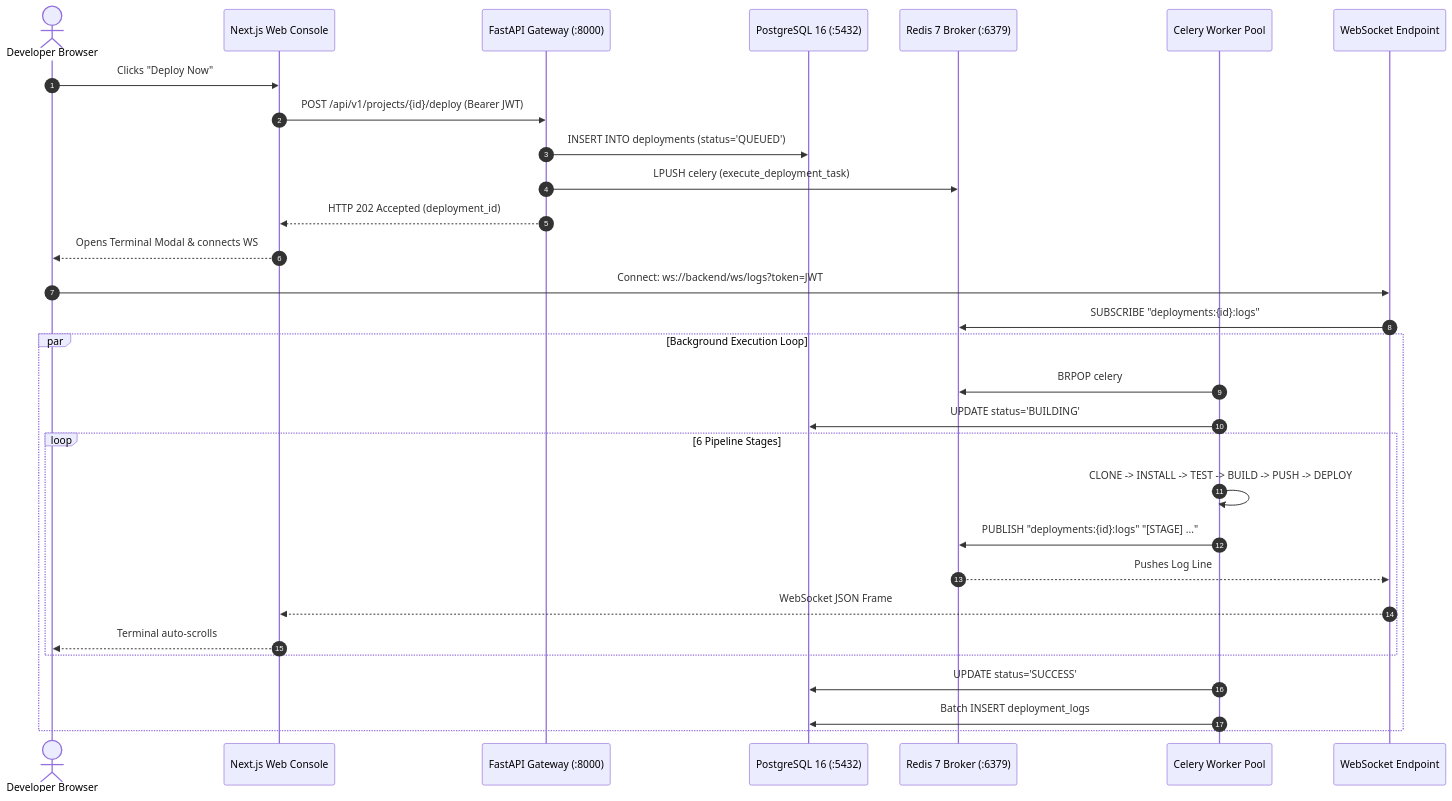
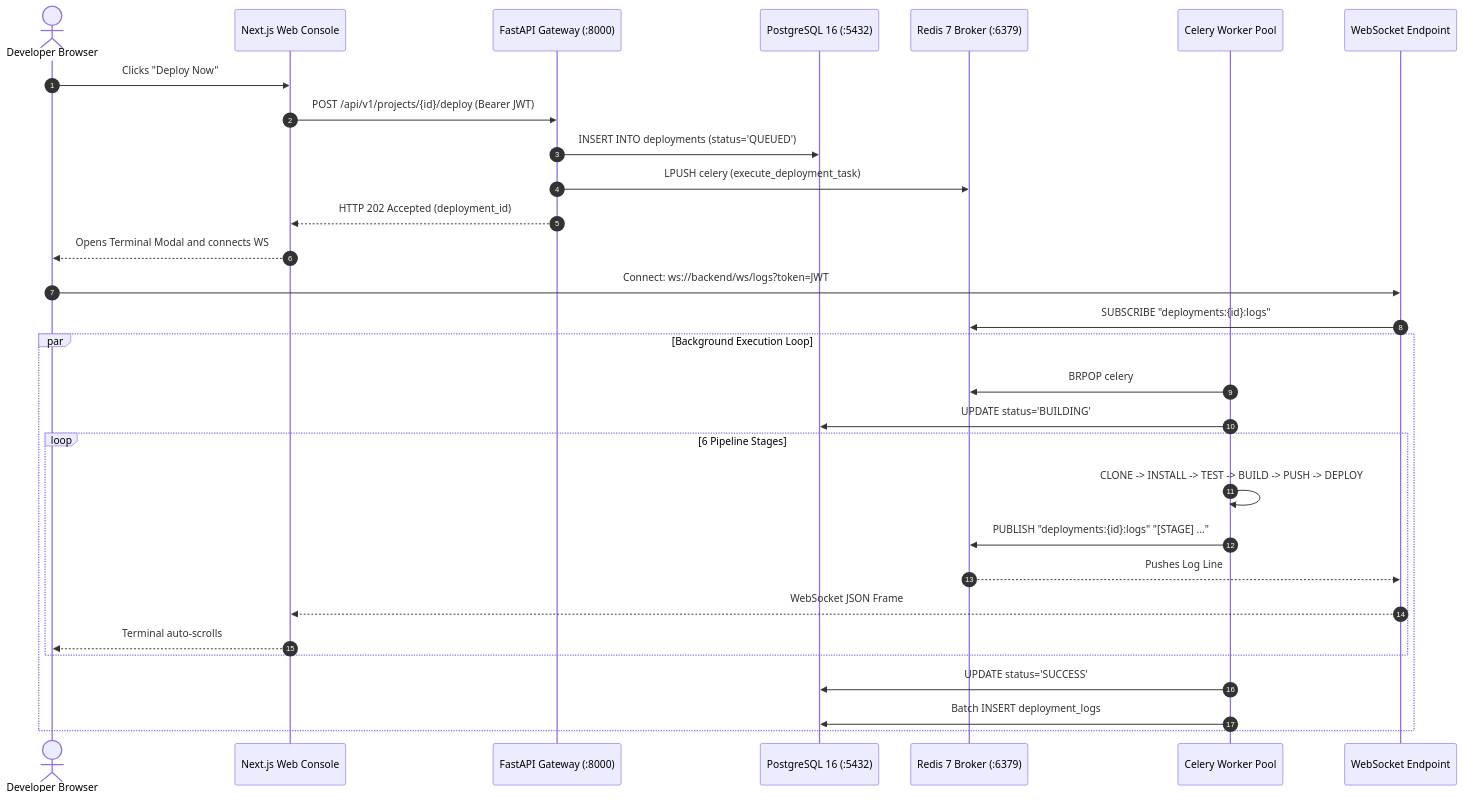
Before and after one commit to satviashwin369-creator/StackForge: the third of 9 diagrams in docs/Architecture.md, drawn with Mermaid. The commit also changed other lines of this file and 20 other files, not shown here.

Commit message:
docs(arch): add native PNG diagrams and unwrap top-level Mermaid blocks for 100% GitHub visibility

````diff
--- a/docs/Architecture.md
+++ b/docs/Architecture.md
@@ -204,35 +199,35 @@
 ```mermaid
 sequenceDiagram
     autonumber
     actor Dev as Developer Browser
     participant FE as Next.js Web Console
     participant API as FastAPI Gateway (:8000)
     participant DB as PostgreSQL 16 (:5432)
     participant Redis as Redis 7 Broker (:6379)
     participant Worker as Celery Worker Pool
     participant WS as WebSocket Endpoint
 
     Dev->>FE: Clicks "Deploy Now"
     FE->>API: POST /api/v1/projects/{id}/deploy (Bearer JWT)
     API->>DB: INSERT INTO deployments (status='QUEUED')
     API->>Redis: LPUSH celery (execute_deployment_task)
     API-->>FE: HTTP 202 Accepted (deployment_id)
-    FE-->>Dev: Opens Terminal Modal & connects WS
+    FE-->>Dev: Opens Terminal Modal and connects WS
 
     Dev->>WS: Connect: ws://backend/ws/logs?token=JWT
     WS->>Redis: SUBSCRIBE "deployments:{id}:logs"
 
     par Background Execution Loop
         Worker->>Redis: BRPOP celery
         Worker->>DB: UPDATE status='BUILDING'
         loop 6 Pipeline Stages
             Worker->>Worker: CLONE -> INSTALL -> TEST -> BUILD -> PUSH -> DEPLOY
             Worker->>Redis: PUBLISH "deployments:{id}:logs" "[STAGE] ..."
             Redis-->>WS: Pushes Log Line
             WS-->>FE: WebSocket JSON Frame
             FE-->>Dev: Terminal auto-scrolls
         end
         Worker->>DB: UPDATE status='SUCCESS'
         Worker->>DB: Batch INSERT deployment_logs
     end
 ```
````
